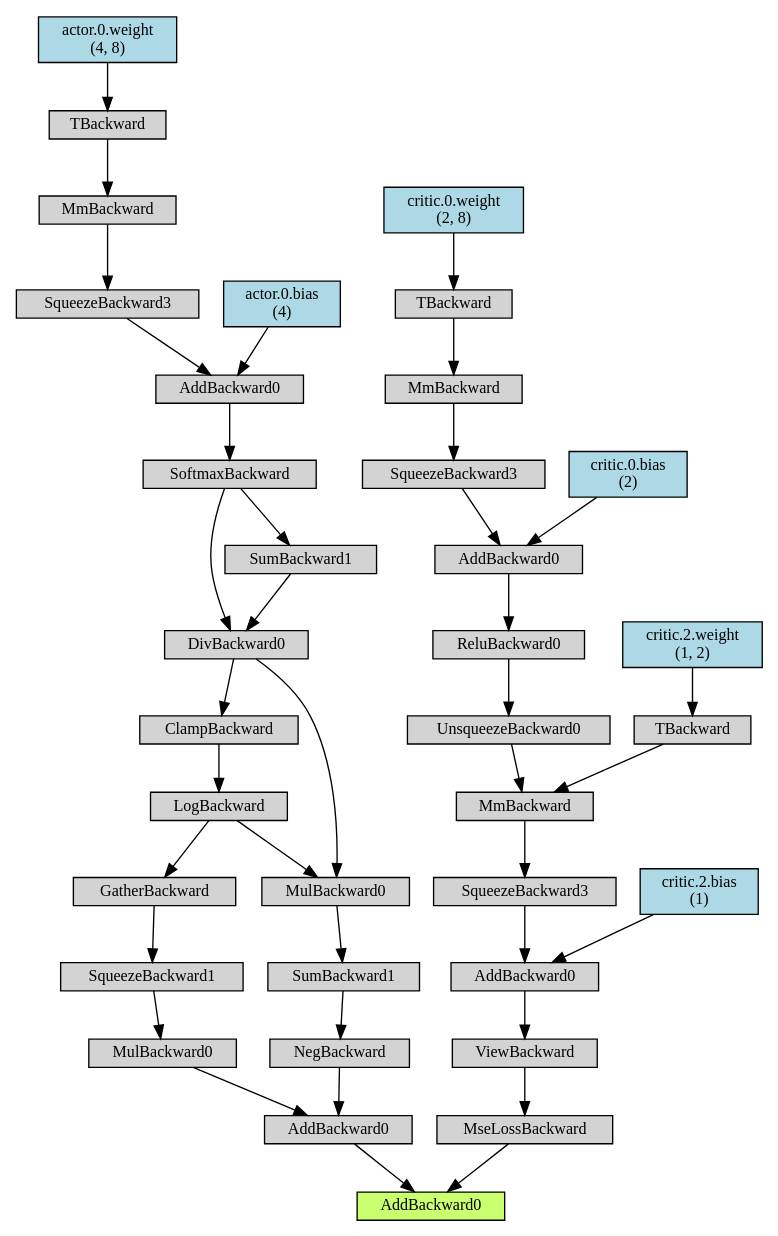
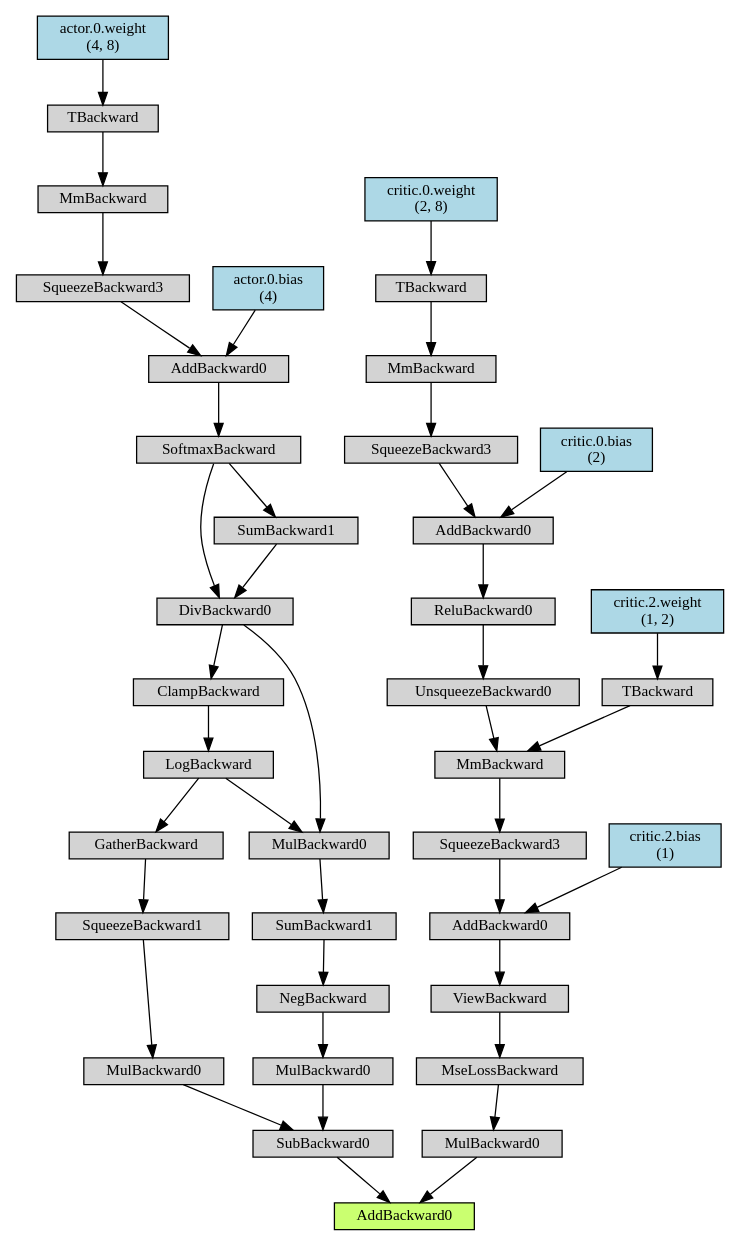
One commit to chengliu-LR/PPO changed the diagram in dist_visual/Digraph.gv. Above: the diagram before and after it, drawn with Graphviz. The commit also changed 6 other files, not shown here.

```diff
--- a/dist_visual/Digraph.gv
+++ b/dist_visual/Digraph.gv
@@ -1,82 +1,86 @@
 digraph {
 	graph [size="12,12"]
 	node [align=left fontsize=12 height=0.2 ranksep=0.1 shape=box style=filled]
-	4999880544 [label=AddBackward0 fillcolor=darkolivegreen1]
-	4999877464 -> 4999880544
-	4999877464 [label=AddBackward0]
-	5000054880 -> 4999877464
-	5000054880 [label=MulBackward0]
-	5000054824 -> 5000054880
-	5000054824 [label=SqueezeBackward1]
-	5000054936 -> 5000054824
-	5000054936 [label=GatherBackward]
-	5000055160 -> 5000054936
-	5000055160 [label=LogBackward]
-	5000055272 -> 5000055160
-	5000055272 [label=ClampBackward]
-	5000055384 -> 5000055272
-	5000055384 [label=DivBackward0]
-	5000055496 -> 5000055384
-	5000055496 [label=SoftmaxBackward]
-	5000055664 -> 5000055496
-	5000055664 [label=AddBackward0]
-	5000055776 -> 5000055664
-	5000055776 [label=SqueezeBackward3]
-	5000055944 -> 5000055776
-	5000055944 [label=MmBackward]
-	5000056056 -> 5000055944
-	5000056056 [label=TBackward]
-	5000056168 -> 5000056056
-	5000056168 [label="actor.0.weight
+	4991986936 [label=AddBackward0 fillcolor=darkolivegreen1]
+	4991985536 -> 4991986936
+	4991985536 [label=SubBackward0]
+	4992227872 -> 4991985536
+	4992227872 [label=MulBackward0]
+	4992228040 -> 4992227872
+	4992228040 [label=SqueezeBackward1]
+	4992228264 -> 4992228040
+	4992228264 [label=GatherBackward]
+	4992228376 -> 4992228264
+	4992228376 [label=LogBackward]
+	4992228488 -> 4992228376
+	4992228488 [label=ClampBackward]
+	4992228600 -> 4992228488
+	4992228600 [label=DivBackward0]
+	4992228712 -> 4992228600
+	4992228712 [label=SoftmaxBackward]
+	4992228880 -> 4992228712
+	4992228880 [label=AddBackward0]
+	4992228992 -> 4992228880
+	4992228992 [label=SqueezeBackward3]
+	4992229160 -> 4992228992
+	4992229160 [label=MmBackward]
+	4992229272 -> 4992229160
+	4992229272 [label=TBackward]
+	4992352328 -> 4992229272
+	4992352328 [label="actor.0.weight
  (4, 8)" fillcolor=lightblue]
-	5000055832 -> 5000055664
-	5000055832 [label="actor.0.bias
+	4992229048 -> 4992228880
+	4992229048 [label="actor.0.bias
  (4)" fillcolor=lightblue]
-	5000055552 -> 5000055384
-	5000055552 [label=SumBackward1]
-	5000055496 -> 5000055552
-	5000054768 -> 4999877464
-	5000054768 [label=NegBackward]
-	5000055048 -> 5000054768
-	5000055048 [label=SumBackward1]
-	5000055216 -> 5000055048
-	5000055216 [label=MulBackward0]
-	5000055160 -> 5000055216
-	5000055384 -> 5000055216
-	5000054600 -> 4999880544
-	5000054600 [label=MseLossBackward]
-	5000054992 -> 5000054600
-	5000054992 [label=ViewBackward]
-	5000055328 -> 5000054992
-	5000055328 [label=AddBackward0]
-	5000055608 -> 5000055328
-	5000055608 [label=SqueezeBackward3]
-	5000056336 -> 5000055608
-	5000056336 [label=MmBackward]
-	5000056224 -> 5000056336
-	5000056224 [label=UnsqueezeBackward0]
-	5000056504 -> 5000056224
-	5000056504 [label=ReluBackward0]
-	5000056616 -> 5000056504
-	5000056616 [label=AddBackward0]
-	5000056728 -> 5000056616
-	5000056728 [label=SqueezeBackward3]
-	5000253568 -> 5000056728
-	5000253568 [label=MmBackward]
-	5000253680 -> 5000253568
-	5000253680 [label=TBackward]
-	5000253792 -> 5000253680
-	5000253792 [label="critic.0.weight
+	4992228768 -> 4992228600
+	4992228768 [label=SumBackward1]
+	4992228712 -> 4992228768
+	4992228096 -> 4991985536
+	4992228096 [label=MulBackward0]
+	4992228152 -> 4992228096
+	4992228152 [label=NegBackward]
+	4992228432 -> 4992228152
+	4992228432 [label=SumBackward1]
+	4992228656 -> 4992228432
+	4992228656 [label=MulBackward0]
+	4992228376 -> 4992228656
+	4992228600 -> 4992228656
+	4991985648 -> 4991986936
+	4991985648 [label=MulBackward0]
+	4992228320 -> 4991985648
+	4992228320 [label=MseLossBackward]
+	4992228544 -> 4992228320
+	4992228544 [label=ViewBackward]
+	4992228936 -> 4992228544
+	4992228936 [label=AddBackward0]
+	4992229328 -> 4992228936
+	4992229328 [label=SqueezeBackward3]
+	4992352608 -> 4992229328
+	4992352608 [label=MmBackward]
+	4992352664 -> 4992352608
+	4992352664 [label=UnsqueezeBackward0]
+	4992352832 -> 4992352664
+	4992352832 [label=ReluBackward0]
+	4992352944 -> 4992352832
+	4992352944 [label=AddBackward0]
+	4992353056 -> 4992352944
+	4992353056 [label=SqueezeBackward3]
+	4992353224 -> 4992353056
+	4992353224 [label=MmBackward]
+	4992353336 -> 4992353224
+	4992353336 [label=TBackward]
+	4992353448 -> 4992353336
+	4992353448 [label="critic.0.weight
  (2, 8)" fillcolor=lightblue]
-	5000056784 -> 5000056616
-	5000056784 [label="critic.0.bias
+	4992353112 -> 4992352944
+	4992353112 [label="critic.0.bias
  (2)" fillcolor=lightblue]
-	5000056448 -> 5000056336
-	5000056448 [label=TBackward]
-	5000056392 -> 5000056448
-	5000056392 [label="critic.2.weight
+	4992352552 -> 4992352608
+	4992352552 [label=TBackward]
+	4992352888 -> 4992352552
+	4992352888 [label="critic.2.weight
  (1, 2)" fillcolor=lightblue]
-	5000055720 -> 5000055328
-	5000055720 [label="critic.2.bias
+	4992352496 -> 4992228936
+	4992352496 [label="critic.2.bias
  (1)" fillcolor=lightblue]
 }
```
